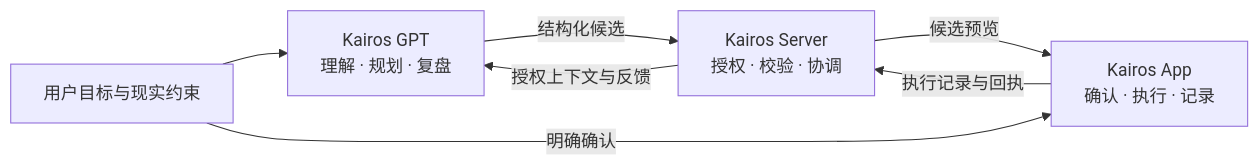
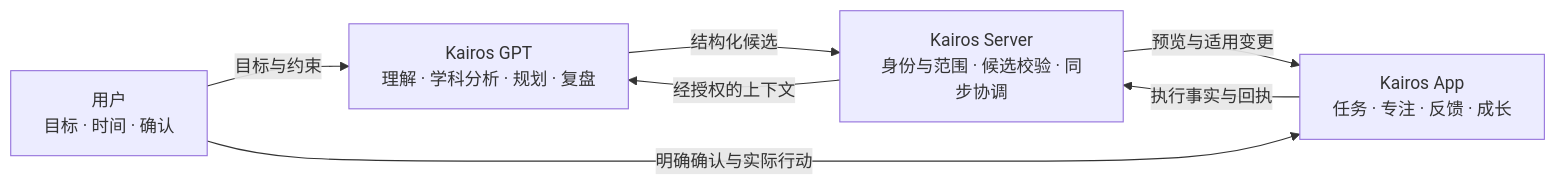
Before and after one commit to orin-builds/Kairos-Showcase: the diagram in README.md, drawn with Mermaid. The commit also changed other lines of this file and 5 other files, not shown here.

````diff
--- a/README.md
+++ b/README.md
@@ -29,9 +41,13 @@
 ```mermaid
 flowchart LR
-    U[用户目标与现实约束] --> G["Kairos GPT<br/>理解 · 规划 · 复盘"]
-    G -->|结构化候选| S["Kairos Server<br/>授权 · 校验 · 协调"]
-    S -->|候选预览| A["Kairos App<br/>确认 · 执行 · 记录"]
-    U -->|明确确认| A
-    A -->|执行记录与回执| S
-    S -->|授权上下文与反馈| G
+    U["用户<br/>目标 · 时间 · 确认"]
+    G["Kairos GPT<br/>理解 · 学科分析 · 规划 · 复盘"]
+    S["Kairos Server<br/>身份与范围 · 候选校验 · 同步协调"]
+    A["Kairos App<br/>任务 · 专注 · 反馈 · 成长"]
+    U -->|目标与约束| G
+    G -->|结构化候选| S
+    S -->|预览与适用变更| A
+    U -->|明确确认与实际行动| A
+    A -->|执行事实与回执| S
+    S -->|经授权的上下文| G
 ```
````
